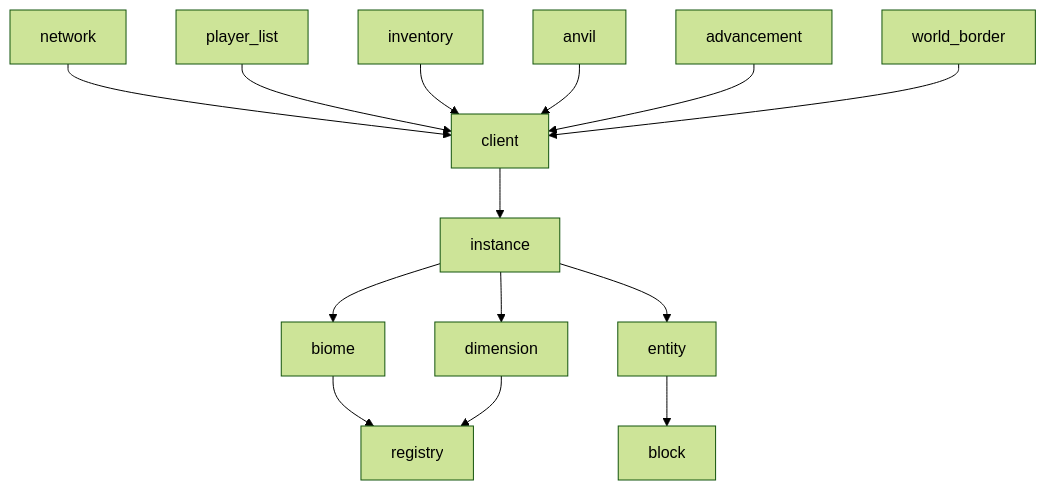
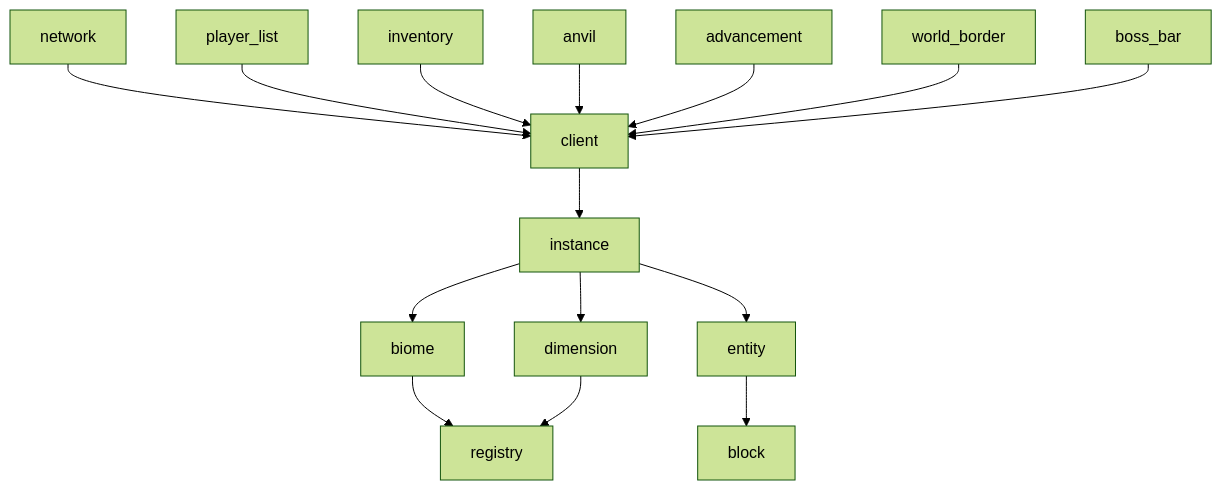
The diagram in crates/README.md (valence-rs/valence), drawn with Mermaid (forest theme) before and after one commit. The commit also changed 2 other files, not shown here.

````diff
--- a/crates/README.md
+++ b/crates/README.md
@@ -11,16 +11,17 @@
 ```mermaid
 graph TD
   	network --> client
 	client --> instance
 	biome --> registry
 	dimension --> registry
 	instance --> biome
 	instance --> dimension
 	instance --> entity
 	player_list --> client
 	inventory --> client
 	anvil --> client
 	entity --> block
 	advancement --> client
 	world_border --> client
+	boss_bar --> client
 ```
````
